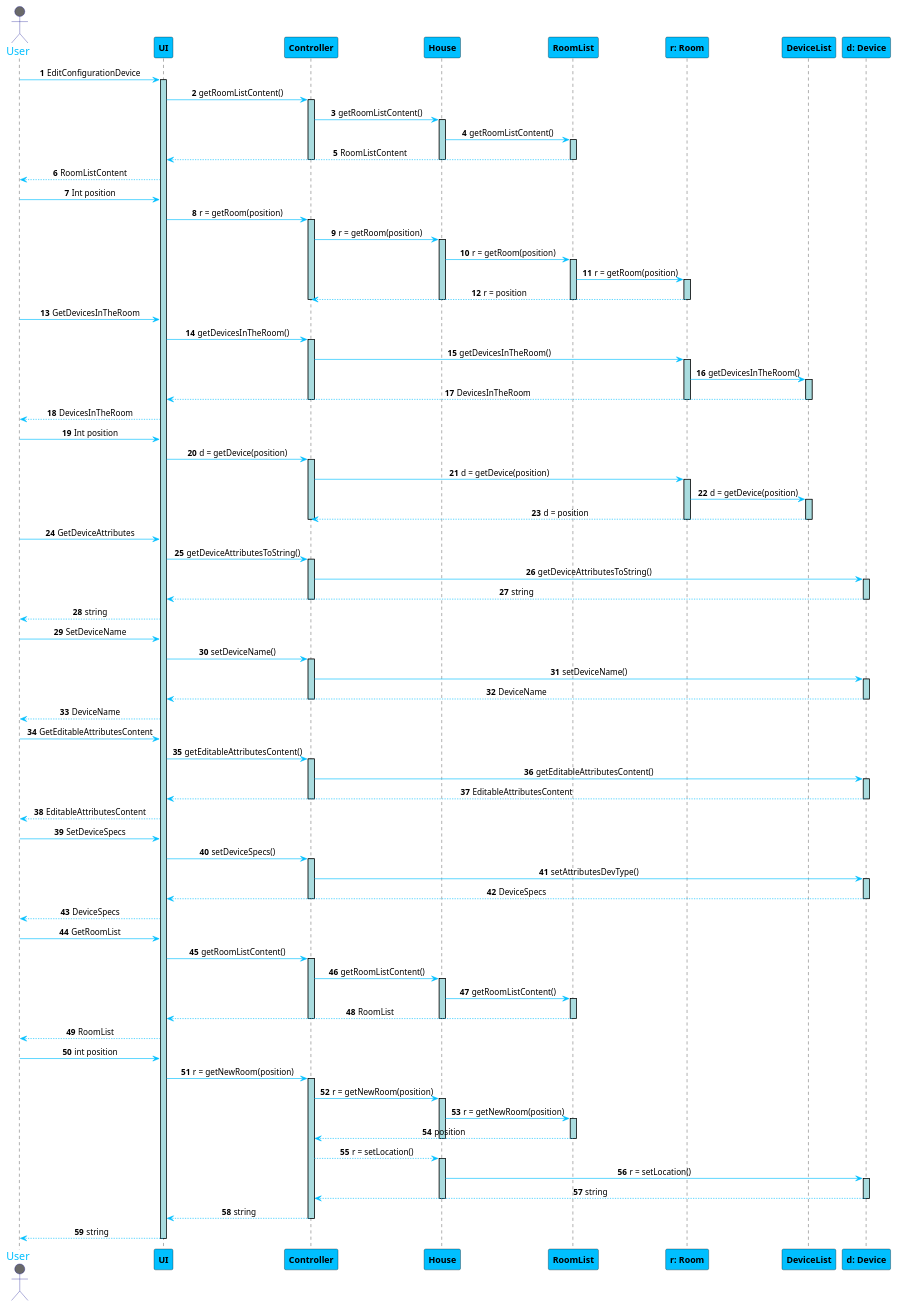
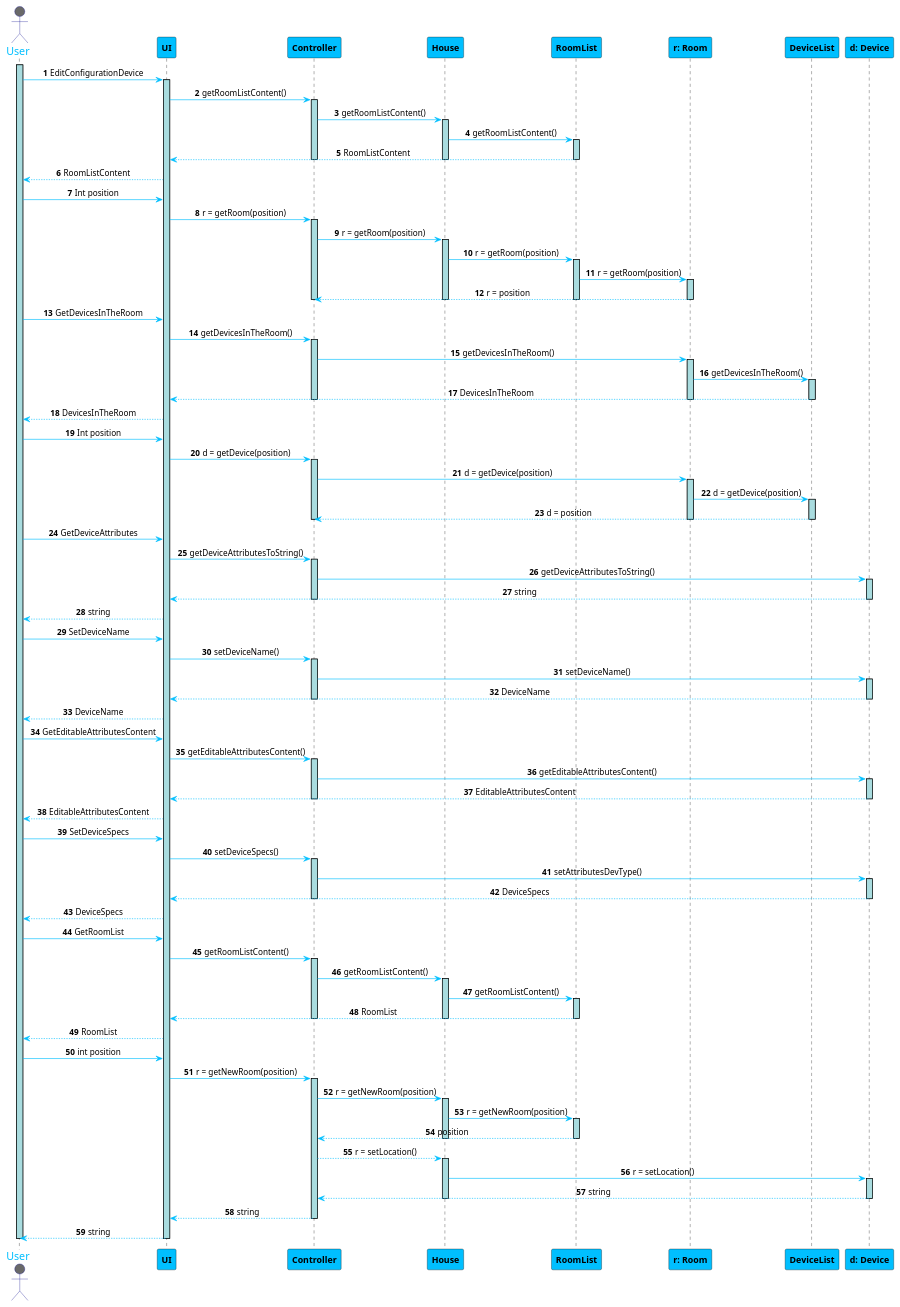
Before and after one commit to 1181687/hateoasToy: the diagram in src/Docs/Sprint2/EditConfigurationDevice.puml, drawn with PlantUML. The commit also changed 5 other files, not shown here.

```diff
--- a/src/Docs/Sprint2/EditConfigurationDevice.puml
+++ b/src/Docs/Sprint2/EditConfigurationDevice.puml
@@ -1,152 +1,154 @@
 @startuml
 skinparam sequenceMessageAlign center
 skinparam sequence {
 	ArrowColor DeepSkyBlue
 	ActorBorderColor DarkBlue
 	LifeLineBorderColor black
 	LifeLineBackgroundColor #A9DCDF
 
 	ParticipantBorderColor Black
 	ParticipantBackgroundColor DeepSkyBlue
 	ParticipantFontStyle Bold
 
 	ActorBackgroundColor DimGrey
 	ActorFontColor DeepSkyBlue
 	ActorFontSize 17
 	ActorFontName Aapex
 }
 
 autonumber
 actor User
+activate User
 User -> UI: EditConfigurationDevice
 activate UI
 UI -> Controller: getRoomListContent()
 activate Controller
 Controller -> House: getRoomListContent()
 activate House
 House -> RoomList: getRoomListContent()
 activate RoomList
 UI <-- RoomList: RoomListContent
 deactivate RoomList
 deactivate House
 deactivate Controller
 User <-- UI: RoomListContent
 
 User -> UI: Int position
 UI -> Controller: r = getRoom(position)
 activate Controller
 Controller -> House: r = getRoom(position)
 activate House
 House -> RoomList: r = getRoom(position)
 activate RoomList
 RoomList -> "r: Room": r = getRoom(position)
 activate "r: Room"
 Controller <-- "r: Room": r = position
 deactivate "r: Room"
 deactivate RoomList
 deactivate House
 deactivate Controller
 
 User -> UI: GetDevicesInTheRoom
 UI -> Controller: getDevicesInTheRoom()
 activate Controller
 Controller -> "r: Room": getDevicesInTheRoom()
 activate "r: Room"
 "r: Room" -> DeviceList: getDevicesInTheRoom()
 activate DeviceList
 UI <-- DeviceList: DevicesInTheRoom
 deactivate DeviceList
 deactivate "r: Room"
 deactivate Controller
 User <-- UI: DevicesInTheRoom
 
 User -> UI: Int position
 UI -> Controller: d = getDevice(position)
 activate Controller
 Controller -> "r: Room": d = getDevice(position)
 activate "r: Room"
 "r: Room" -> DeviceList: d = getDevice(position)
 activate DeviceList
 Controller <-- DeviceList : d = position
 deactivate DeviceList
 deactivate "r: Room"
 deactivate Controller
 
 User -> UI: GetDeviceAttributes
 UI -> Controller: getDeviceAttributesToString()
 activate Controller
 Controller -> "d: Device": getDeviceAttributesToString()
 activate "d: Device"
 UI <-- "d: Device": string
 deactivate "d: Device"
 deactivate Controller
 User <-- UI: string
 
 User -> UI: SetDeviceName
 UI -> Controller: setDeviceName()
 activate Controller
 Controller -> "d: Device": setDeviceName()
 activate "d: Device"
 UI <-- "d: Device": DeviceName
 deactivate "d: Device"
 deactivate Controller
 User <-- UI: DeviceName
 
 User -> UI: GetEditableAttributesContent
 UI -> Controller: getEditableAttributesContent()
 activate Controller
 Controller -> "d: Device": getEditableAttributesContent()
 activate "d: Device"
 UI <-- "d: Device": EditableAttributesContent
 deactivate "d: Device"
 deactivate Controller
 User <-- UI: EditableAttributesContent
 
 User -> UI: SetDeviceSpecs
 UI -> Controller: setDeviceSpecs()
 activate Controller
 Controller -> "d: Device": setAttributesDevType()
 activate "d: Device"
 UI <-- "d: Device": DeviceSpecs
 deactivate "d: Device"
 deactivate Controller
 User <-- UI: DeviceSpecs
 
 User -> UI: GetRoomList
 UI -> Controller: getRoomListContent()
 activate Controller
 Controller -> House: getRoomListContent()
 activate House
 House -> RoomList: getRoomListContent()
 activate RoomList
 UI <-- RoomList: RoomList
 deactivate RoomList
 deactivate House
 deactivate Controller
 User <-- UI: RoomList
 
 User -> UI: int position
 UI -> Controller: r = getNewRoom(position)
 activate Controller
 Controller -> House: r = getNewRoom(position)
 activate House
 House -> RoomList: r = getNewRoom(position)
 activate RoomList
 Controller <-- RoomList: position
 deactivate RoomList
 deactivate House
 
 Controller --> House : r = setLocation()
 activate House
 House -> "d: Device": r = setLocation()
 activate "d: Device"
 Controller <-- "d: Device": string
 deactivate "d: Device"
 deactivate House
 UI <-- Controller: string
 deactivate Controller
 User <-- UI: string
 deactivate UI
+deactivate User
 
 
 @enduml
```
